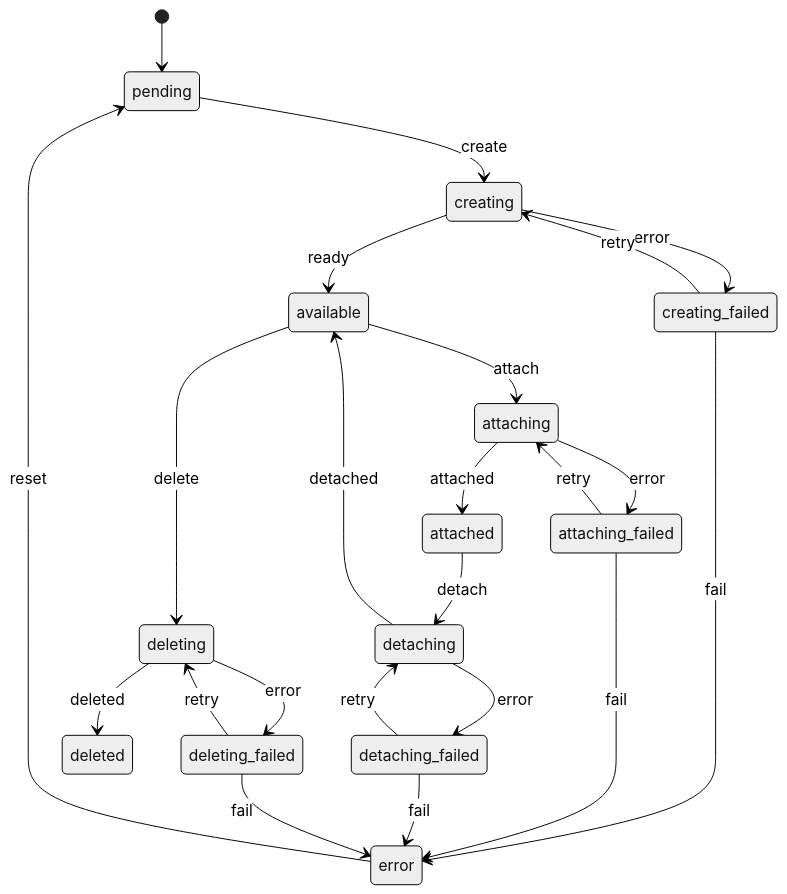
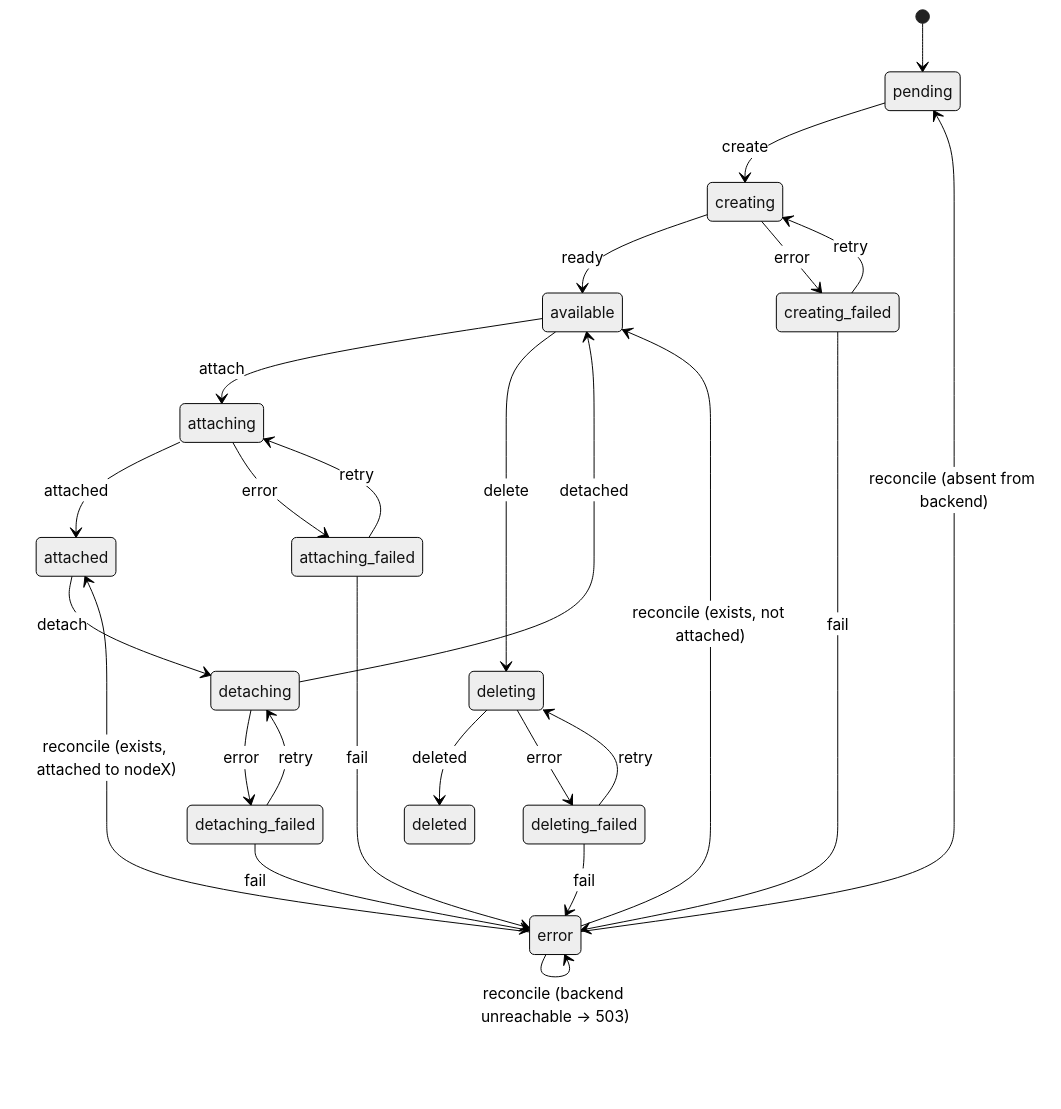
The diagram in README.md (cire-ly/block-storage-api), drawn with Mermaid (neutral theme) before and after one commit. The commit also changed other lines of this file and 1 other file, not shown here.

````diff
--- a/README.md
+++ b/README.md
@@ -156,29 +156,32 @@
 ```mermaid
 stateDiagram-v2
     [*] --> pending
     pending --> creating: create
     creating --> available: ready
     creating --> creating_failed: error
     creating_failed --> creating: retry
     creating_failed --> error: fail
 
     available --> attaching: attach
     attaching --> attached: attached
     attaching --> attaching_failed: error
     attaching_failed --> attaching: retry
     attaching_failed --> error: fail
 
     attached --> detaching: detach
     detaching --> available: detached
     detaching --> detaching_failed: error
     detaching_failed --> detaching: retry
     detaching_failed --> error: fail
 
     available --> deleting: delete
     deleting --> deleted: deleted
     deleting --> deleting_failed: error
     deleting_failed --> deleting: retry
     deleting_failed --> error: fail
 
-    error --> pending: reset
+    error --> error: reconcile (backend unreachable → 503)
+    error --> pending: reconcile (absent from backend)
+    error --> available: reconcile (exists, not attached)
+    error --> attached: reconcile (exists, attached to nodeX)
 ```
````
